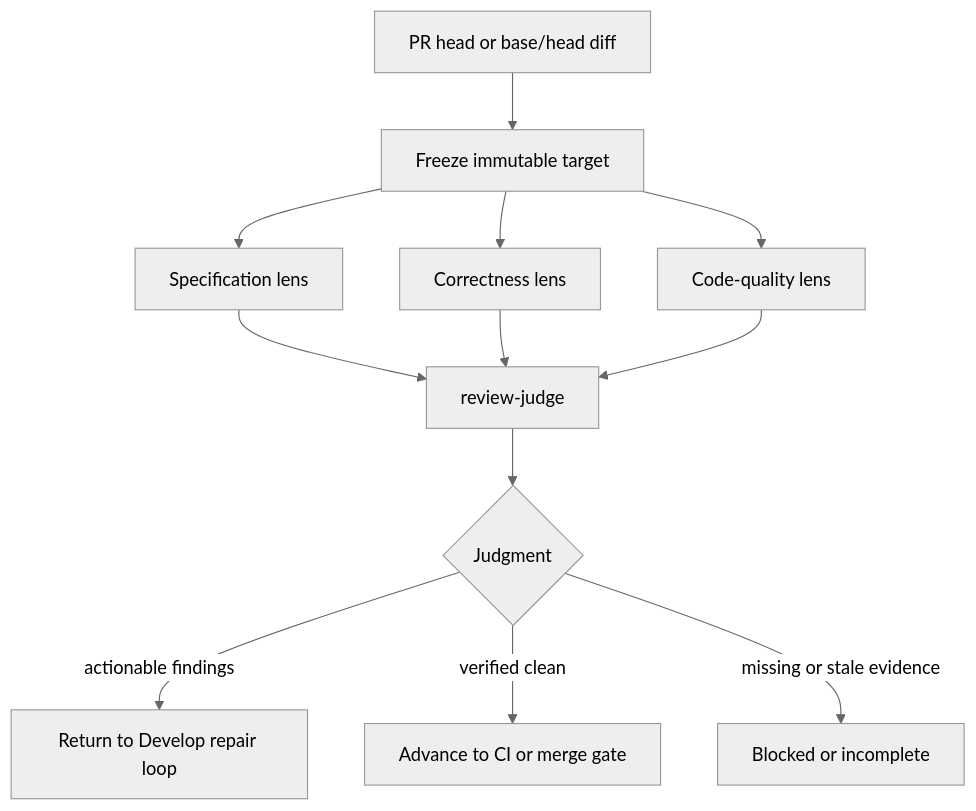
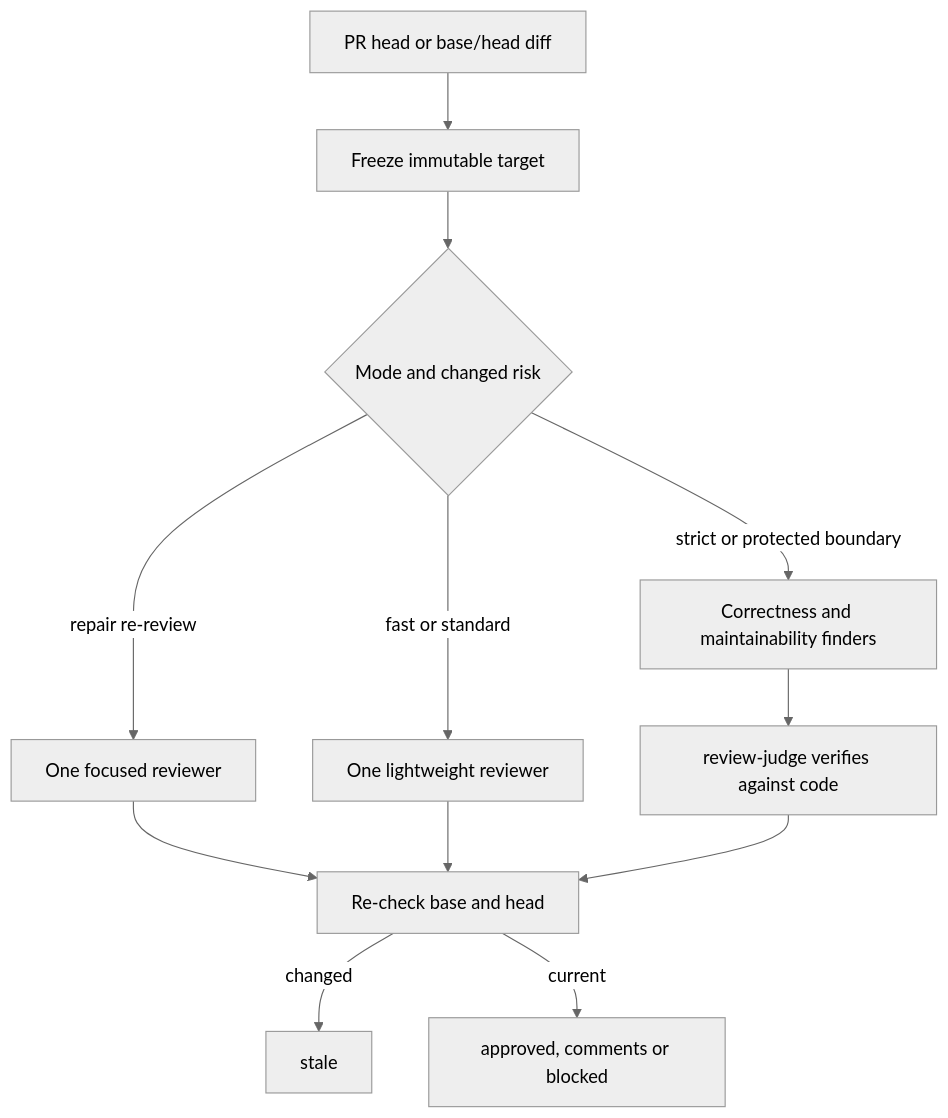
One commit to jay1803/ship-skills changed the diagram in plugins/review/README.md. Above: the diagram before and after it, drawn with Mermaid (neutral theme). The commit also changed other lines of this file and 173 other files, not shown here.

````diff
--- a/plugins/review/README.md
+++ b/plugins/review/README.md
@@ -24,14 +23,14 @@
 ```mermaid
 flowchart TD
     Target[PR head or base/head diff] --> Freeze[Freeze immutable target]
-    Freeze --> Spec[Specification lens]
-    Freeze --> Correct[Correctness lens]
-    Freeze --> Quality[Code-quality lens]
-    Spec --> Judge[review-judge]
-    Correct --> Judge
-    Quality --> Judge
-    Judge --> Result{Judgment}
-    Result -->|actionable findings| Fix[Return to Develop repair loop]
-    Result -->|verified clean| Advance[Advance to CI or merge gate]
-    Result -->|missing or stale evidence| Block[Blocked or incomplete]
+    Freeze --> Depth{Mode and changed risk}
+    Depth -->|repair re-review| Focused[One focused reviewer]
+    Depth -->|fast or standard| Light[One lightweight reviewer]
+    Depth -->|strict or protected boundary| Finders[Correctness and maintainability finders]
+    Finders --> Judge[review-judge verifies against code]
+    Focused --> Check[Re-check base and head]
+    Light --> Check
+    Judge --> Check
+    Check -->|changed| Stale[stale]
+    Check -->|current| Result[approved, comments or blocked]
 ```
````
